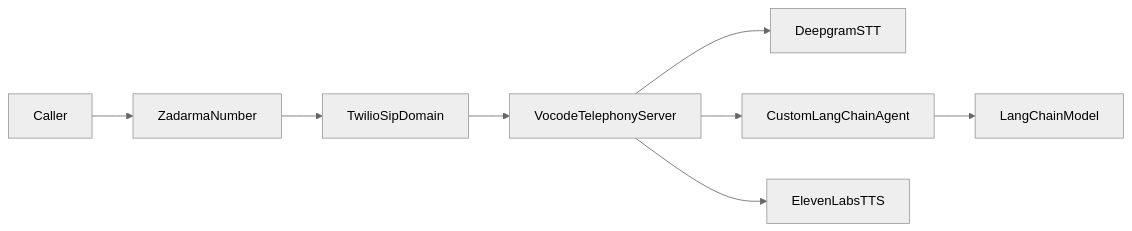
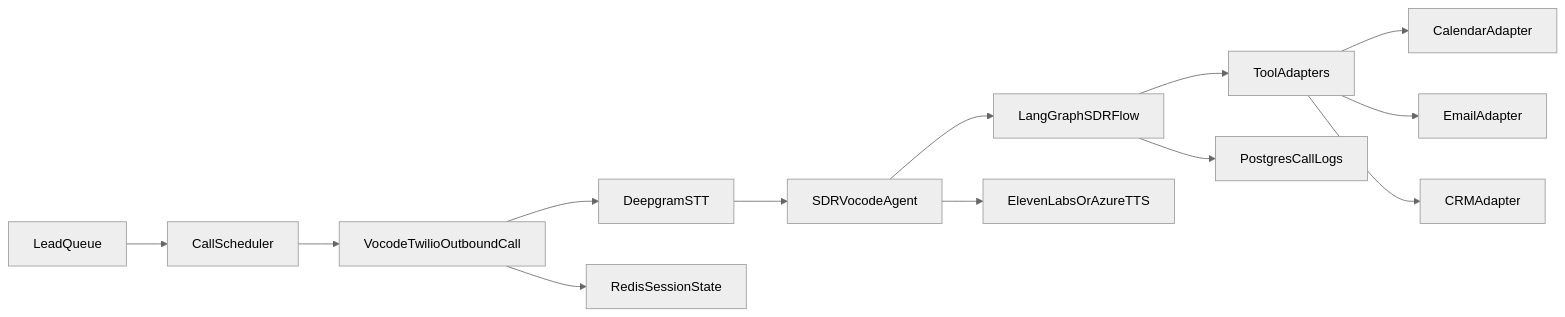
The diagram in README.md (Chrispapah/Voice-Agent), drawn with Mermaid (neutral theme) before and after one commit. The commit also changed other lines of this file and 59 other files, not shown here.

````diff
--- a/README.md
+++ b/README.md
@@ -19,10 +16,15 @@
 ```mermaid
 flowchart LR
-    caller[Caller] --> zadarma[ZadarmaNumber]
-    zadarma --> twilio[TwilioSipDomain]
-    twilio --> vocode[VocodeTelephonyServer]
-    vocode --> deepgram[DeepgramSTT]
-    vocode --> agent[CustomLangChainAgent]
-    agent --> llm[LangChainModel]
-    vocode --> elevenLabs[ElevenLabsTTS]
+    leadQueue[LeadQueue] --> scheduler[CallScheduler]
+    scheduler --> telephony[VocodeTwilioOutboundCall]
+    telephony --> stt[DeepgramSTT]
+    stt --> vocodeAgent[SDRVocodeAgent]
+    vocodeAgent --> sdrGraph[LangGraphSDRFlow]
+    sdrGraph --> tools[ToolAdapters]
+    tools --> calendar[CalendarAdapter]
+    tools --> email[EmailAdapter]
+    tools --> crm[CRMAdapter]
+    sdrGraph --> postgres[PostgresCallLogs]
+    telephony --> redis[RedisSessionState]
+    vocodeAgent --> tts[ElevenLabsOrAzureTTS]
 ```
````
